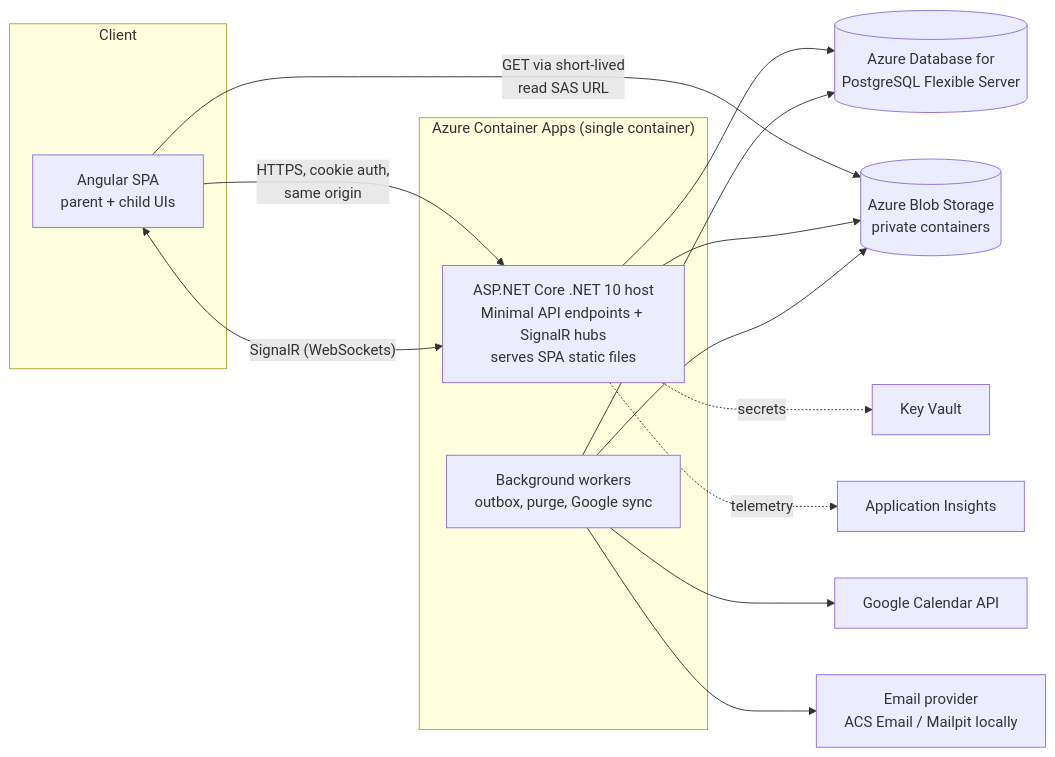
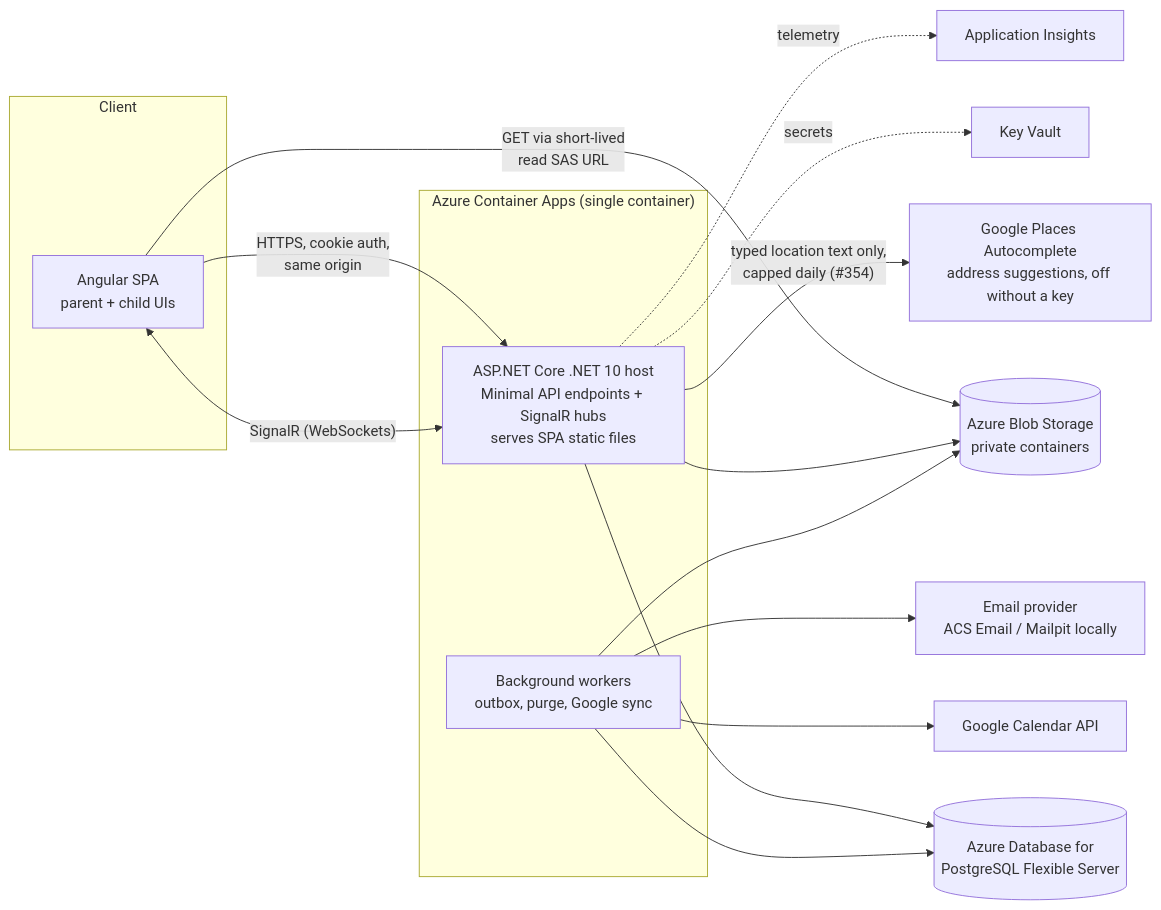
The first of 2 diagrams in docs/architecture/solution-architecture.md (esaldivar/parenthesis), drawn with Mermaid before and after one commit. The commit also changed other lines of this file and 19 other files, not shown here.

First line of the commit message:
feat(calendar): address suggestions while typing a location (#354)

````diff
--- a/docs/architecture/solution-architecture.md
+++ b/docs/architecture/solution-architecture.md
@@ -23,30 +23,32 @@
 ```mermaid
 flowchart LR
   subgraph Client
     SPA[Angular SPA<br/>parent + child UIs]
   end
 
   subgraph Azure["Azure Container Apps (single container)"]
     API[ASP.NET Core .NET 10 host<br/>Minimal API endpoints + SignalR hubs<br/>serves SPA static files]
     BG[Background workers<br/>outbox, purge, Google sync]
   end
 
   PG[(Azure Database for<br/>PostgreSQL Flexible Server)]
   BLOB[(Azure Blob Storage<br/>private containers)]
   KV[Key Vault]
   AI[Application Insights]
   GCal[Google Calendar API]
+  Places[Google Places Autocomplete<br/>address suggestions, off without a key]
   Mail[Email provider<br/>ACS Email / Mailpit locally]
 
   SPA -- "HTTPS, cookie auth,<br/>same origin" --> API
   SPA <-- "SignalR (WebSockets)" --> API
   SPA -- "GET via short-lived<br/>read SAS URL" --> BLOB
   API --> PG
   API --> BLOB
+  API -- "typed location text only,<br/>capped daily (#354)" --> Places
   BG --> PG
   BG --> BLOB
   BG --> GCal
   BG --> Mail
   API -. secrets .-> KV
   API -. telemetry .-> AI
 ```
````
